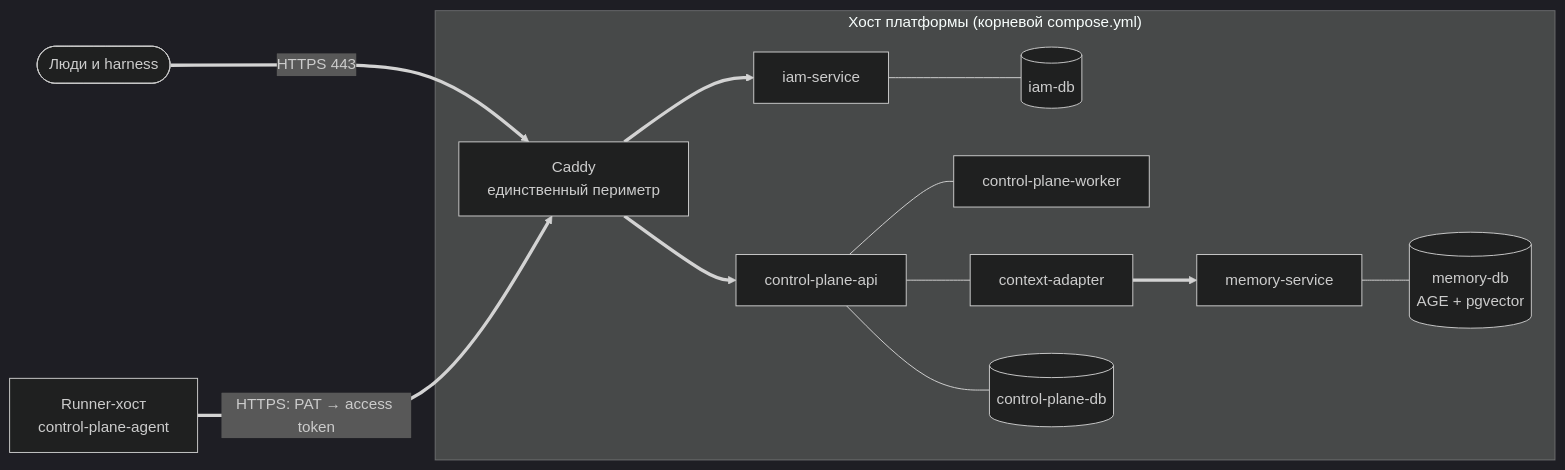
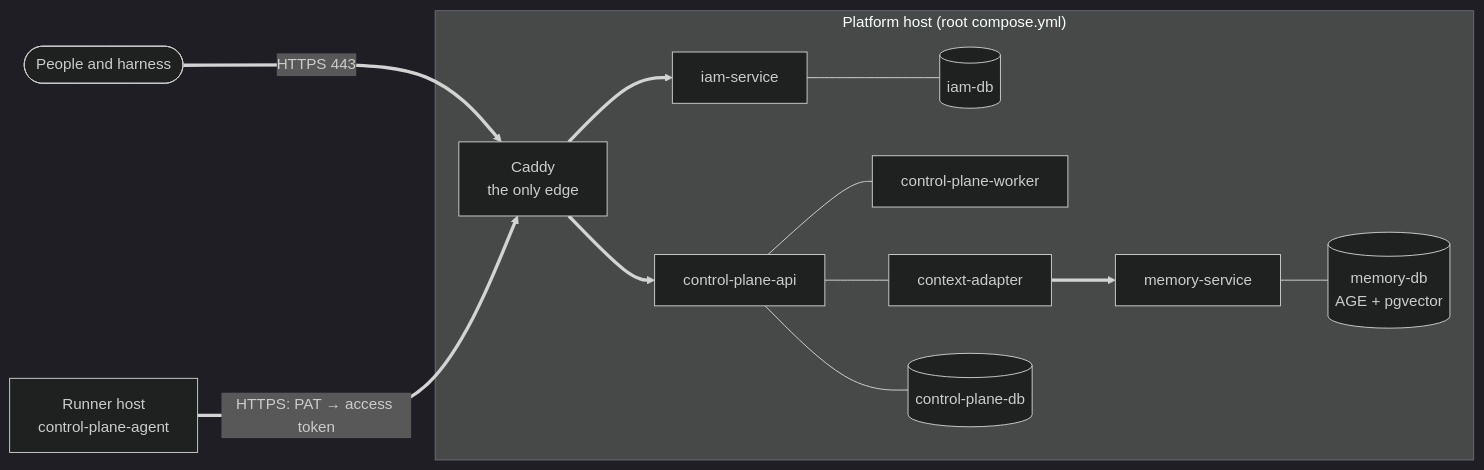
One commit to monthu56/taimen changed the diagram in guide/docs/operations/index.md. Above: the diagram before and after it, drawn with Mermaid (dark theme). The commit also changed other lines of this file and 183 other files, not shown here.

````diff
--- a/guide/docs/operations/index.md
+++ b/guide/docs/operations/index.md
@@ -15,16 +16,16 @@
 ```mermaid
 flowchart LR
-    user([Люди и harness]) ==>|HTTPS 443| caddy
-    subgraph host["Хост платформы (корневой compose.yml)"]
-        caddy[Caddy<br/>единственный периметр]
+    user([People and harness]) ==>|HTTPS 443| caddy
+    subgraph host["Platform host (root compose.yml)"]
+        caddy[Caddy<br/>the only edge]
         caddy ==> iam[iam-service]
         caddy ==> cp[control-plane-api]
         cp --- worker[control-plane-worker]
         cp --- adapter[context-adapter]
         adapter ==> mem[memory-service]
         iam --- iamdb[(iam-db)]
         cp --- cpdb[(control-plane-db)]
         mem --- memdb[(memory-db<br/>AGE + pgvector)]
     end
-    runner[Runner-хост<br/>control-plane-agent] ==>|HTTPS: PAT → access token| caddy
+    runner[Runner host<br/>control-plane-agent] ==>|HTTPS: PAT → access token| caddy
 ```
````
